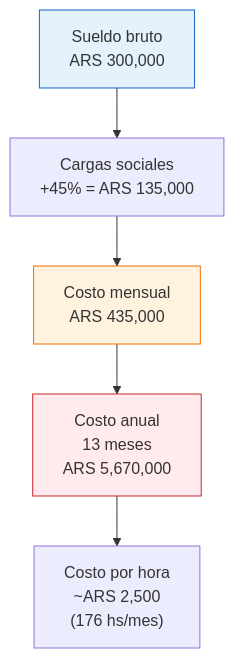
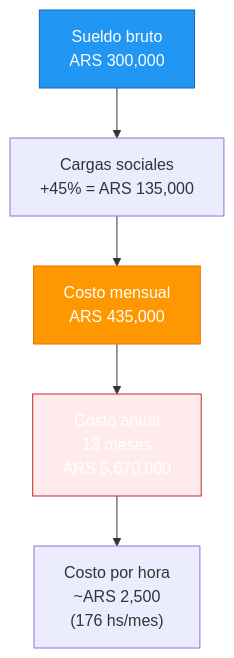
The diagram in app/paso1-argentina/crecer-gestionar/contratar-empleados.mdx (barrosignacioezequiel-coder/docs), drawn with Mermaid before and after one commit. The commit also changed 66 other files, not shown here.

First line of the commit message:
fix: resolve Mermaid v11 numbered list errors + improve contrast

````diff
--- a/app/paso1-argentina/crecer-gestionar/contratar-empleados.mdx
+++ b/app/paso1-argentina/crecer-gestionar/contratar-empleados.mdx
@@ -84,11 +84,11 @@
 ```mermaid
 graph TD
     A["Sueldo bruto<br/>ARS 300,000"] --> B["Cargas sociales<br/>+45% = ARS 135,000"]
     B --> C["Costo mensual<br/>ARS 435,000"]
     C --> D["Costo anual<br/>13 meses<br/>ARS 5,670,000"]
     D --> E["Costo por hora<br/>~ARS 2,500<br/>(176 hs/mes)"]
 
-    style A fill:#e3f2fd,stroke:#1565c0
-    style C fill:#fff3e0,stroke:#ef6c00
-    style D fill:#ffebee,stroke:#c62828
+    style A fill:#2196f3,stroke:#1565c0,color:#fff
+    style C fill:#ff9800,stroke:#ef6c00,color:#fff
+    style D fill:#ffebee,stroke:#c62828,color:#fff
 ```
````
